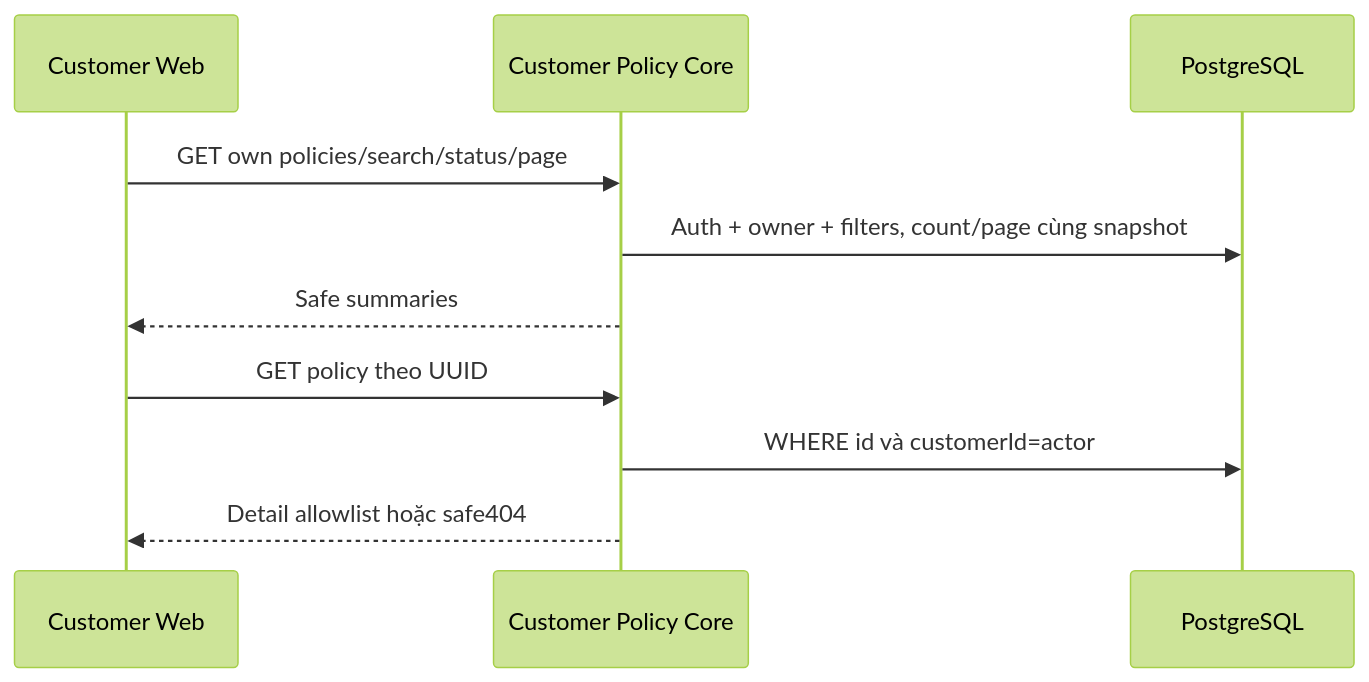
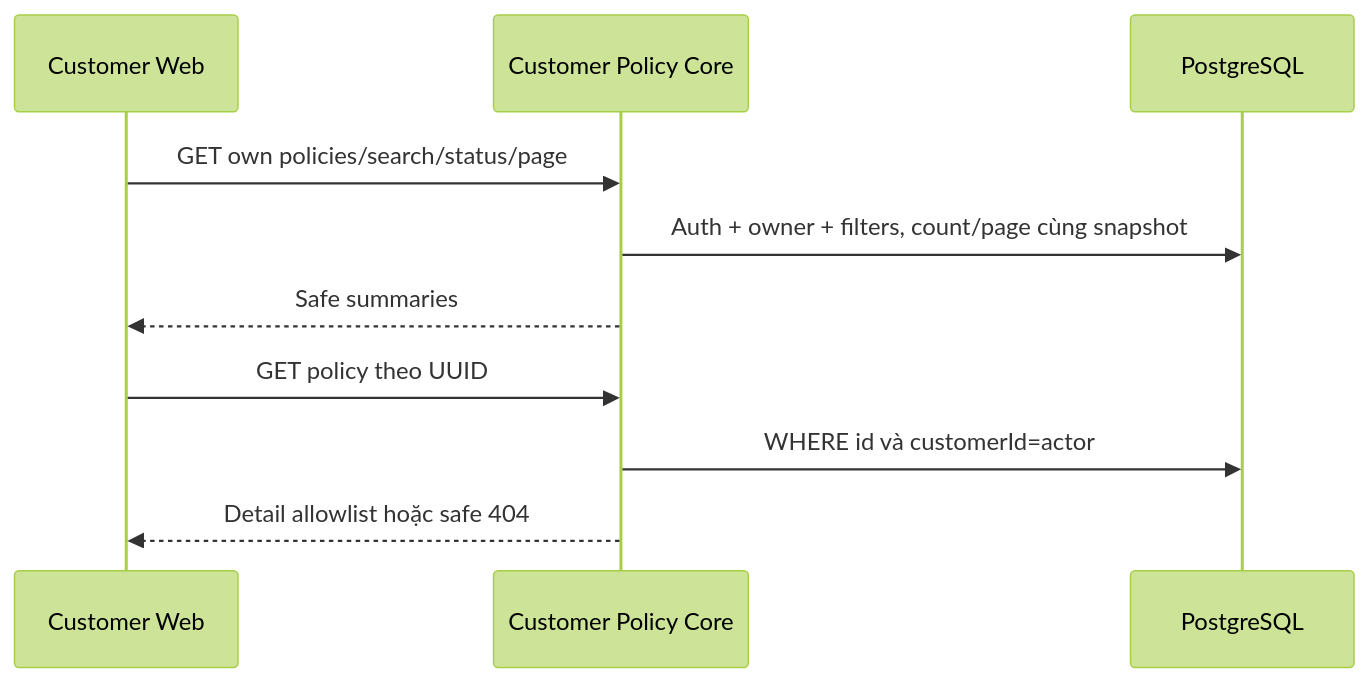
Before and after one commit to natuan05/LifeInsuranceAIAssistant: the diagram in docs/ui/customer/plans/policies/01-owner-read-api.md, drawn with Mermaid (forest theme). The commit also changed other lines of this file and 58 other files, not shown here.

Commit message:
docs(ui): add detailed test cases and sequence diagrams

````diff
--- a/docs/ui/customer/plans/policies/01-owner-read-api.md
+++ b/docs/ui/customer/plans/policies/01-owner-read-api.md
@@ -26,12 +26,12 @@
 ```mermaid
 sequenceDiagram
   participant W as Customer Web
   participant C as Customer Policy Core
   participant D as PostgreSQL
   W->>C: GET own policies/search/status/page
   C->>D: Auth + owner + filters, count/page cùng snapshot
   C-->>W: Safe summaries
   W->>C: GET policy theo UUID
   C->>D: WHERE id và customerId=actor
-  C-->>W: Detail allowlist hoặc safe404
+  C-->>W: Detail allowlist hoặc safe 404
 ```
````
